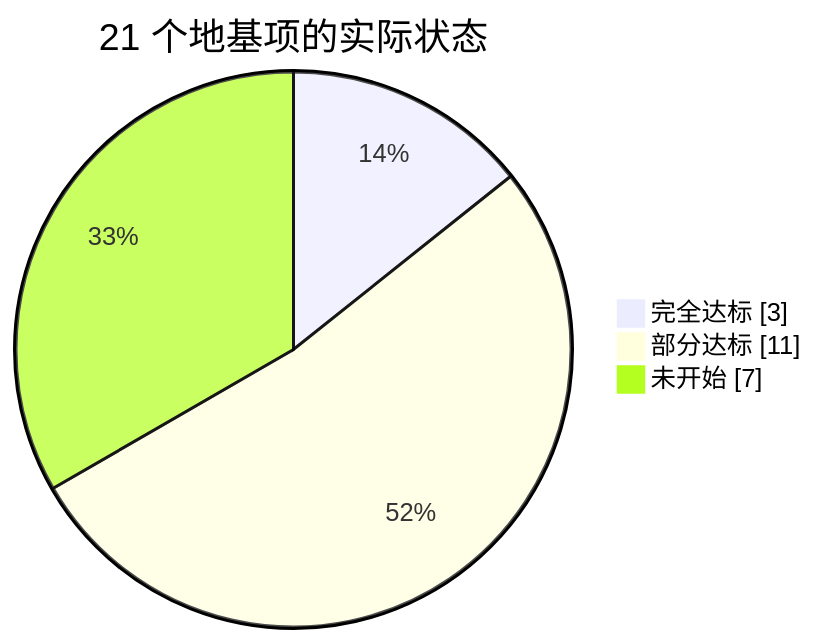
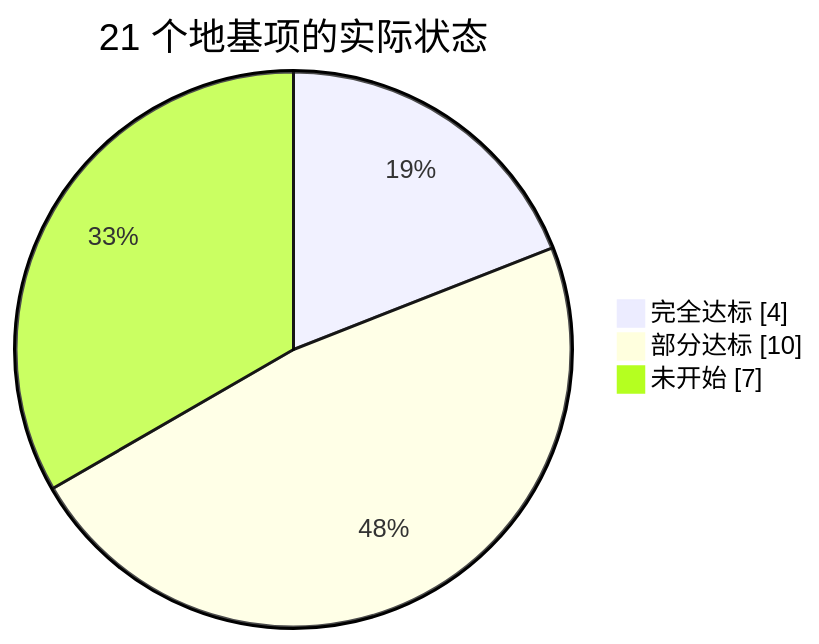
The third of 17 diagrams in docs/基座评审报告与解决方案-2026-09-23.md (NEILXIANG/WaSelect), drawn with Mermaid before and after one commit. The commit also changed other lines of this file, not shown here.

````diff
--- a/docs/基座评审报告与解决方案-2026-09-23.md
+++ b/docs/基座评审报告与解决方案-2026-09-23.md
@@ -95,7 +95,7 @@
 ```mermaid
 pie showData
     title 21 个地基项的实际状态
-    "完全达标" : 3
-    "部分达标" : 11
+    "完全达标" : 4
+    "部分达标" : 10
     "未开始" : 7
 ```
````
